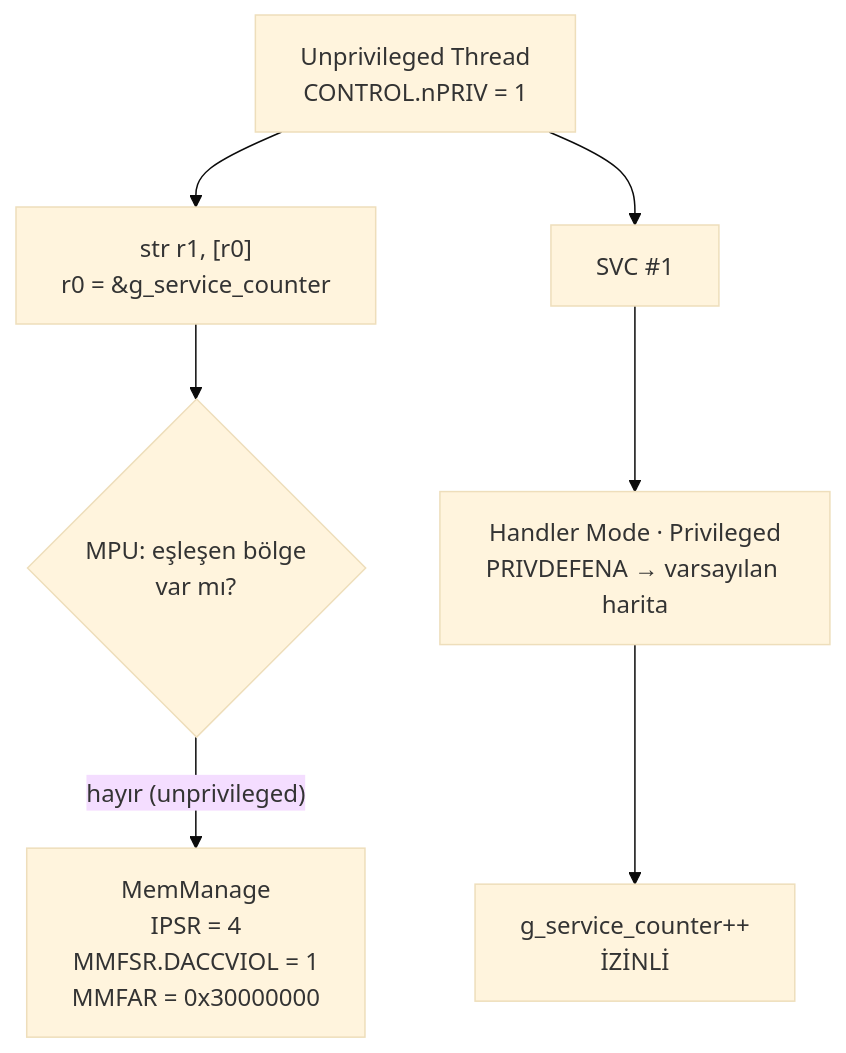
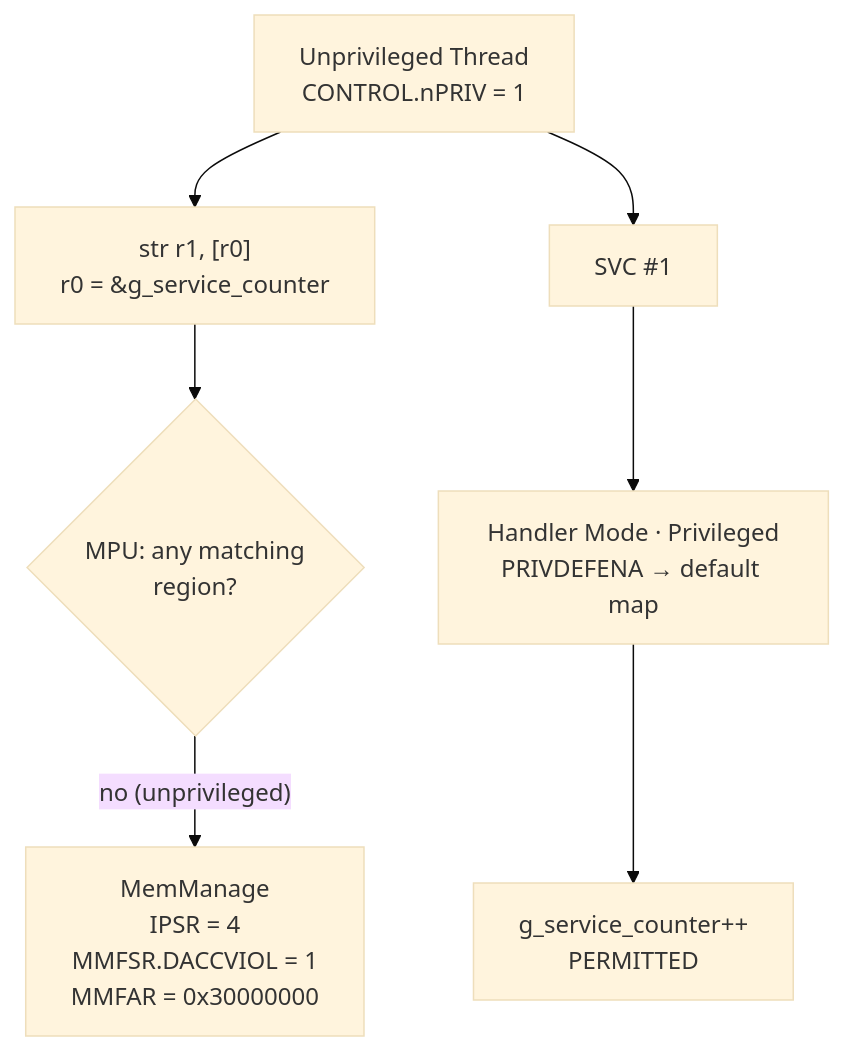
Before and after one commit to Merd0/ARM-Cortex-M-Lab: the diagram in lessons/06-mpu/README.md, drawn with Mermaid (base theme). The commit also changed other lines of this file and 18 other files, not shown here.

````diff
--- a/lessons/06-mpu/README.md
+++ b/lessons/06-mpu/README.md
@@ -165,14 +165,14 @@
 ```mermaid
 flowchart TD
     T["Unprivileged Thread<br/>CONTROL.nPRIV = 1"]
     D["str r1, [r0]<br/>r0 = &g_service_counter"]
-    M{"MPU: eşleşen bölge<br/>var mı?"}
+    M{"MPU: any matching<br/>region?"}
     F["MemManage<br/>IPSR = 4<br/>MMFSR.DACCVIOL = 1<br/>MMFAR = 0x30000000"]
     S["SVC #1"]
-    H["Handler Mode · Privileged<br/>PRIVDEFENA → varsayılan harita"]
-    OK["g_service_counter++<br/>İZİNLİ"]
+    H["Handler Mode · Privileged<br/>PRIVDEFENA → default map"]
+    OK["g_service_counter++<br/>PERMITTED"]
 
     T --> D --> M
-    M -- "hayır (unprivileged)" --> F
+    M -- "no (unprivileged)" --> F
     T --> S --> H --> OK
 ```
````
